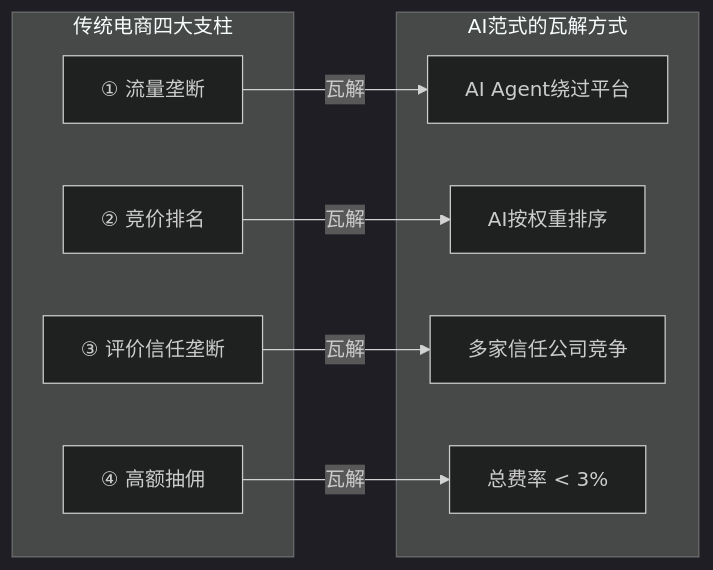
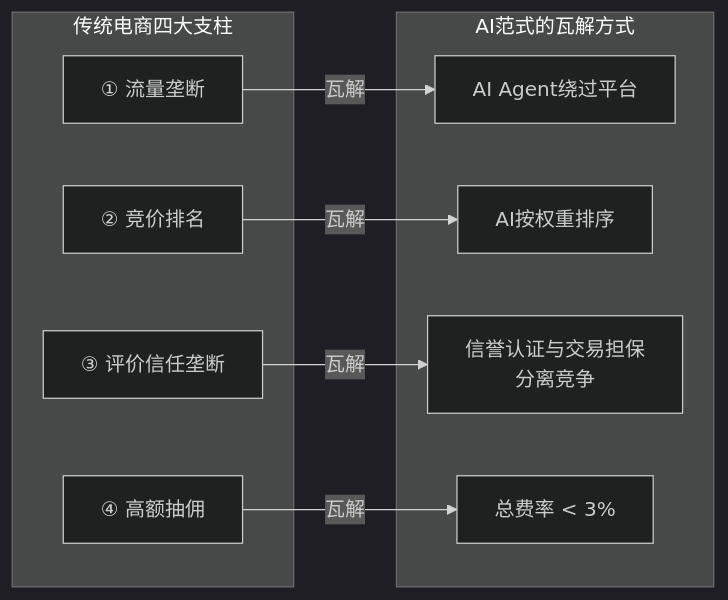
One commit to kaicen-x/ai-shopping-paradigm changed the first of 2 diagrams in 中文简体/05-颠覆路径与冷启动.md. Above: the diagram before and after it, drawn with Mermaid (dark theme). The commit also changed other lines of this file and 15 other files, not shown here.

````diff
--- a/中文简体/05-颠覆路径与冷启动.md
+++ b/中文简体/05-颠覆路径与冷启动.md
@@ -5,21 +5,21 @@
 ```mermaid
 graph LR
  subgraph 传统电商四大支柱
  T1[① 流量垄断]
  T2[② 竞价排名]
  T3[③ 评价信任垄断]
  T4[④ 高额抽佣]
  end
 
  subgraph AI范式的瓦解方式
  N1[AI Agent绕过平台]
  N2[AI按权重排序]
- N3[多家信任公司竞争]
+ N3[信誉认证与交易担保<br/>分离竞争]
  N4[总费率 < 3%]
  end
 
  T1 -->|瓦解| N1
  T2 -->|瓦解| N2
  T3 -->|瓦解| N3
  T4 -->|瓦解| N4
 ```
````
